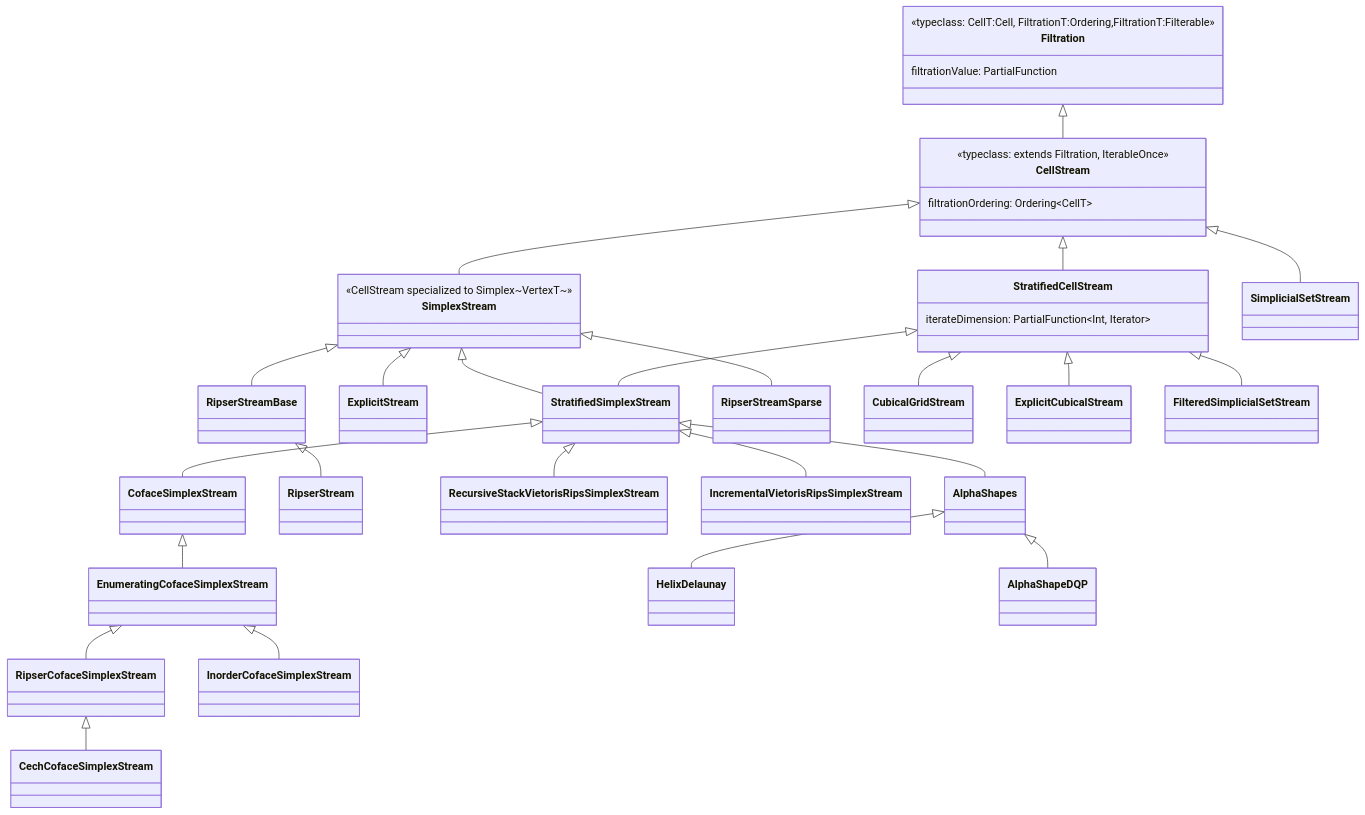
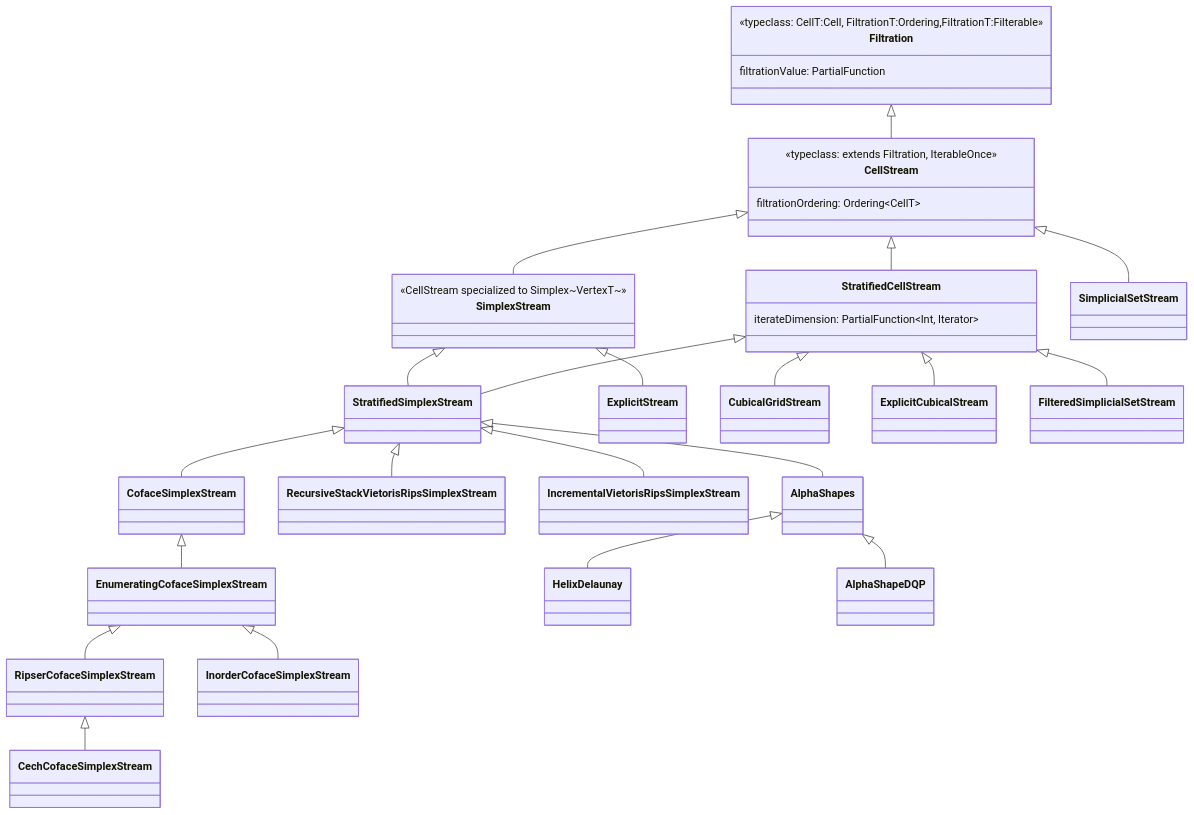
Before and after one commit to appliedtopology/tda4j: the fourth of 6 diagrams in src/main/paradox/developers-guide/class-diagrams.md, drawn with Mermaid. The commit also changed other lines of this file and 9 other files, not shown here.

````diff
--- a/src/main/paradox/developers-guide/class-diagrams.md
+++ b/src/main/paradox/developers-guide/class-diagrams.md
@@ -120,40 +120,37 @@
 ```mermaid
 classDiagram
     class Filtration {
         <<typeclass: CellT:Cell, FiltrationT:Ordering,FiltrationT:Filterable>>
         filtrationValue: PartialFunction
     }
     class CellStream {
         <<typeclass: extends Filtration, IterableOnce>>
         filtrationOrdering: Ordering~CellT~
     }
     class SimplexStream {
         <<CellStream specialized to Simplex~VertexT~>>
     }
     class StratifiedCellStream {
         iterateDimension: PartialFunction~Int, Iterator~
     }
     Filtration <|-- CellStream
     CellStream <|-- SimplexStream
     CellStream <|-- StratifiedCellStream
     SimplexStream <|-- StratifiedSimplexStream
     StratifiedCellStream <|-- StratifiedSimplexStream
     StratifiedSimplexStream <|-- CofaceSimplexStream
     CofaceSimplexStream <|-- EnumeratingCofaceSimplexStream
     EnumeratingCofaceSimplexStream <|-- RipserCofaceSimplexStream
     RipserCofaceSimplexStream <|-- CechCofaceSimplexStream
     EnumeratingCofaceSimplexStream <|-- InorderCofaceSimplexStream
     SimplexStream <|-- ExplicitStream
-    SimplexStream <|-- RipserStreamBase
-    RipserStreamBase <|-- RipserStream
-    SimplexStream <|-- RipserStreamSparse
     StratifiedSimplexStream <|-- RecursiveStackVietorisRipsSimplexStream
     StratifiedSimplexStream <|-- IncrementalVietorisRipsSimplexStream
     StratifiedSimplexStream <|-- AlphaShapes
     AlphaShapes <|-- HelixDelaunay
     AlphaShapes <|-- AlphaShapeDQP
     StratifiedCellStream <|-- CubicalGridStream
     StratifiedCellStream <|-- ExplicitCubicalStream
     CellStream <|-- SimplicialSetStream
     StratifiedCellStream <|-- FilteredSimplicialSetStream
 ```
````
